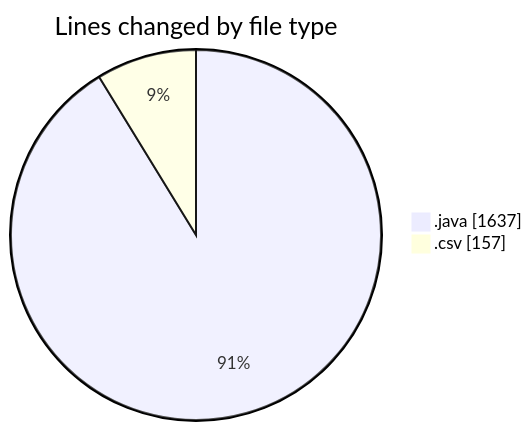
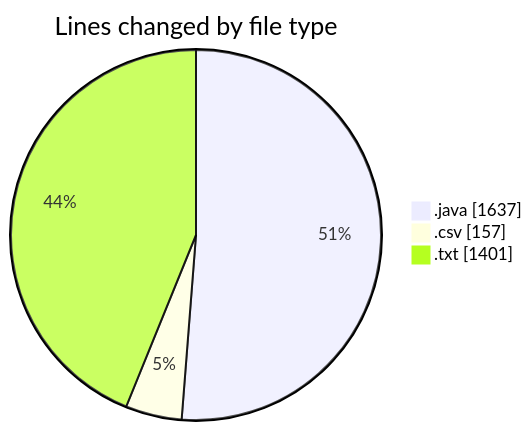
One commit to ricardozamudiocil/code-tracking changed the first of 2 diagrams in 2026-03-24/cilapp/README.md. Above: the diagram before and after it, drawn with Mermaid. The commit also changed other lines of this file and 1 other file, not shown here.

````diff
--- a/2026-03-24/cilapp/README.md
+++ b/2026-03-24/cilapp/README.md
@@ -25,6 +26,7 @@
 ```mermaid
 pie showData
 title Lines changed by file type
 ".java" : 1637
 ".csv" : 157
+".txt" : 1401
 ```
````
